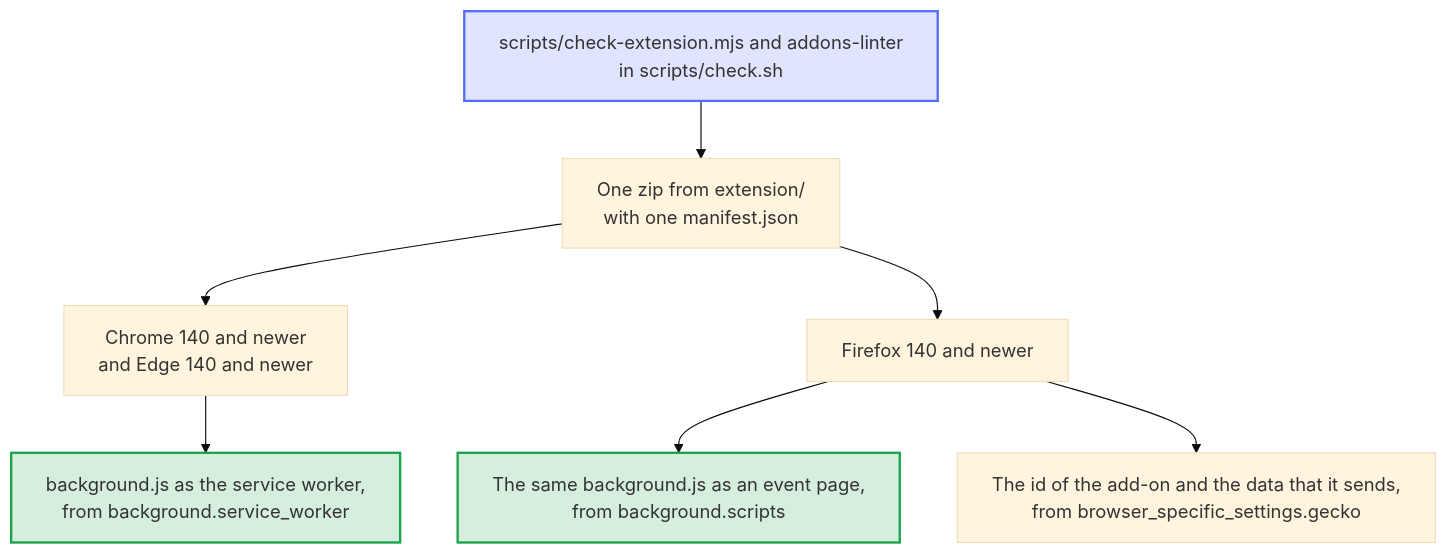
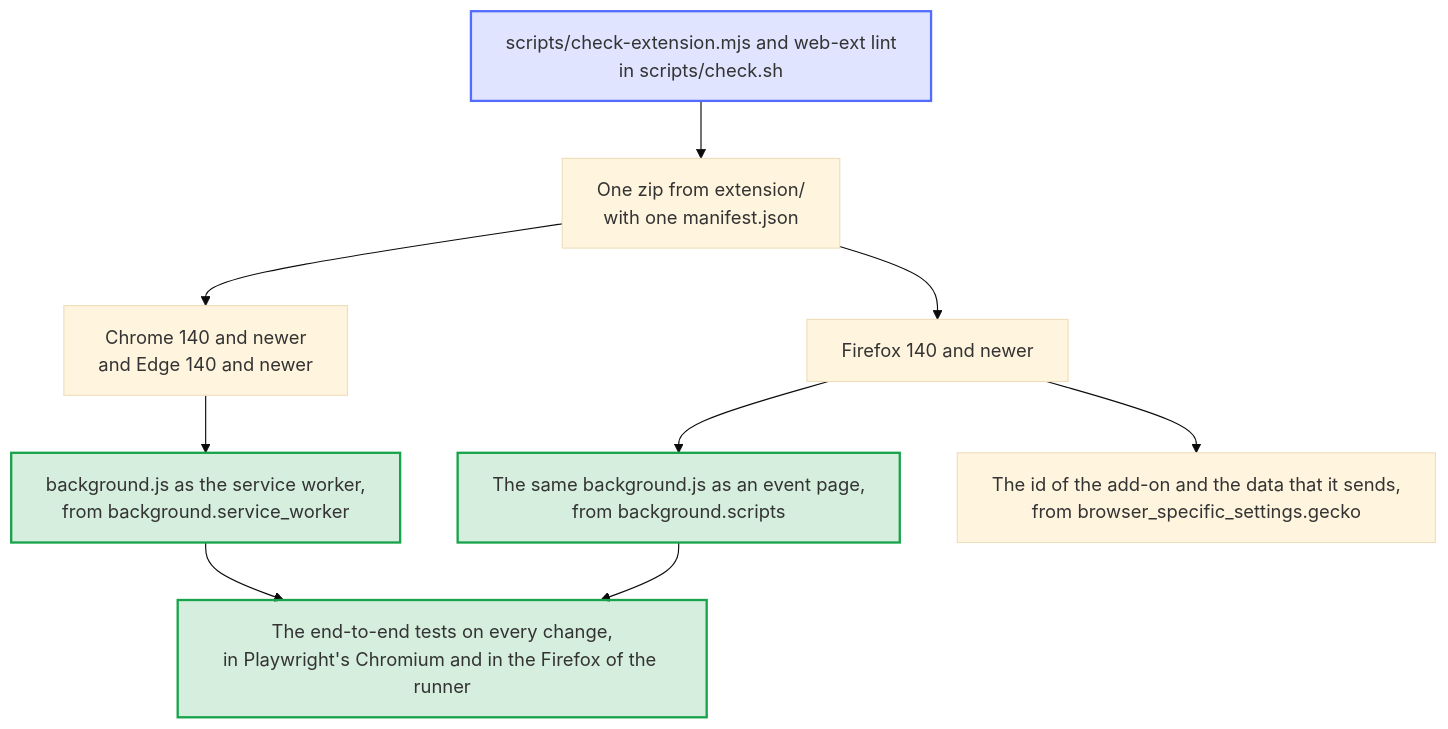
One commit to Dennis-Otto/player-switch-for-autodarts changed the diagram in docs/diagrams/one-package-every-browser.mmd. Above: the diagram before and after it, drawn with Mermaid (base theme). The commit also changed 28 other files, not shown here.

First line of the commit message:
feat: the extension runs in Firefox and Edge, checked by web-ext lint (#156)

```diff
--- a/docs/diagrams/one-package-every-browser.mmd
+++ b/docs/diagrams/one-package-every-browser.mmd
@@ -1,26 +1,29 @@
 ---
 config:
   flowchart:
     wrappingWidth: 400
 ---
 flowchart TB
     accTitle: One package for Chrome, Edge and Firefox
-    accDescr: The release builds one zip from extension/, with one manifest.json. Chrome 140 and newer, and Edge 140 and newer, run background.js as the service worker that background.service_worker names, and ignore the keys of Firefox. Firefox 140 and newer runs the same background.js from background.scripts, under the id of browser_specific_settings.gecko, and shows at the install that the add-on sends authentication data to Autodarts. scripts/check-extension.mjs checks that both keys name background.js and that the data matches store/permissions.json, and addons-linter, the linter of addons.mozilla.org, finds no error in the package.
+    accDescr: The release builds one zip from extension/, with one manifest.json. Chrome 140 and newer, and Edge 140 and newer, run background.js as the service worker that background.service_worker names, and ignore the keys of Firefox. Firefox 140 and newer runs the same background.js from background.scripts, under the id of browser_specific_settings.gecko, and shows at the install that the add-on sends authentication data to Autodarts. scripts/check-extension.mjs checks that both keys name background.js and that the data matches store/permissions.json, and web-ext lint, the lint of addons.mozilla.org, finds no error in the package. The end-to-end tests run it in Playwright's Chromium and in the Firefox of the runner on every change.
 
-    checks["scripts/check-extension.mjs and addons-linter<br>in scripts/check.sh"]
+    checks["scripts/check-extension.mjs and web-ext lint<br>in scripts/check.sh"]
     zip["One zip from extension/<br>with one manifest.json"]
     chrome["Chrome 140 and newer<br>and Edge 140 and newer"]
     firefox["Firefox 140 and newer"]
     worker["background.js as the service worker,<br>from background.service_worker"]
     page["The same background.js as an event page,<br>from background.scripts"]
     gecko["The id of the add-on and the data that it sends,<br>from browser_specific_settings.gecko"]
+    tests["The end-to-end tests on every change,<br>in Playwright's Chromium and in the Firefox of the runner"]
 
     checks --> zip
     zip --> chrome --> worker
     zip --> firefox --> page
     firefox --> gecko
+    worker --> tests
+    page --> tests
 
     classDef bot fill:#526cfe2e,stroke:#526cfe,stroke-width:2px
     classDef done fill:#16a34a2e,stroke:#16a34a,stroke-width:2px
     class checks bot
-    class worker,page done
+    class worker,page,tests done
```
